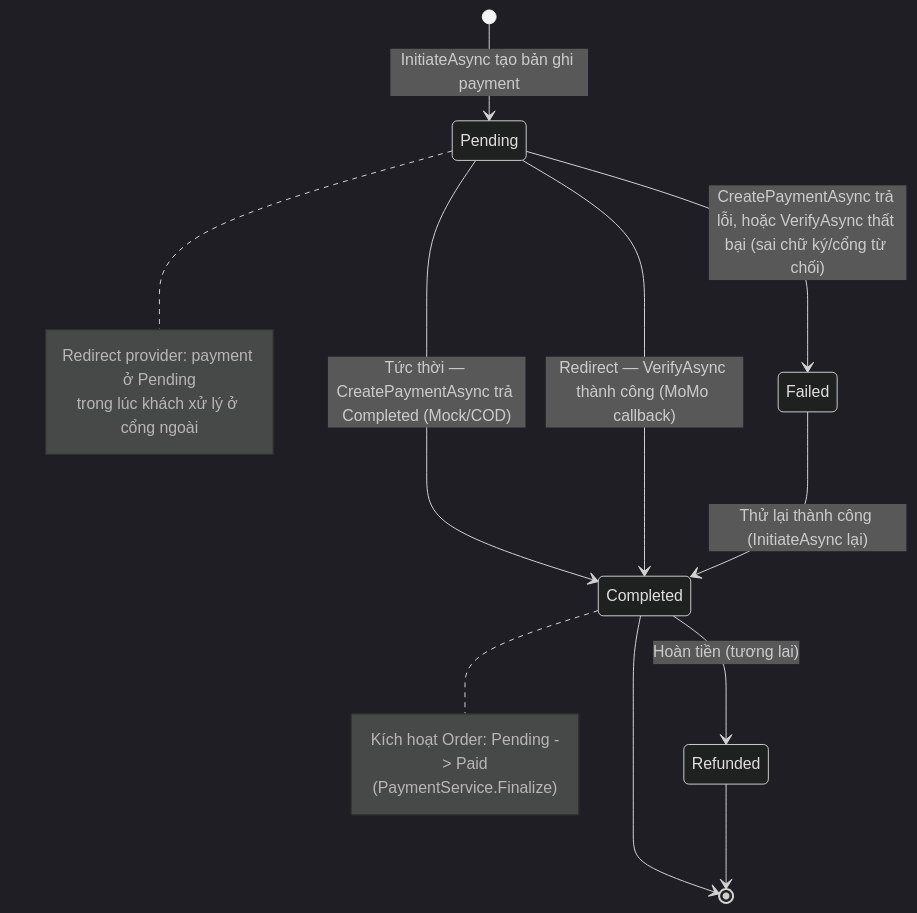
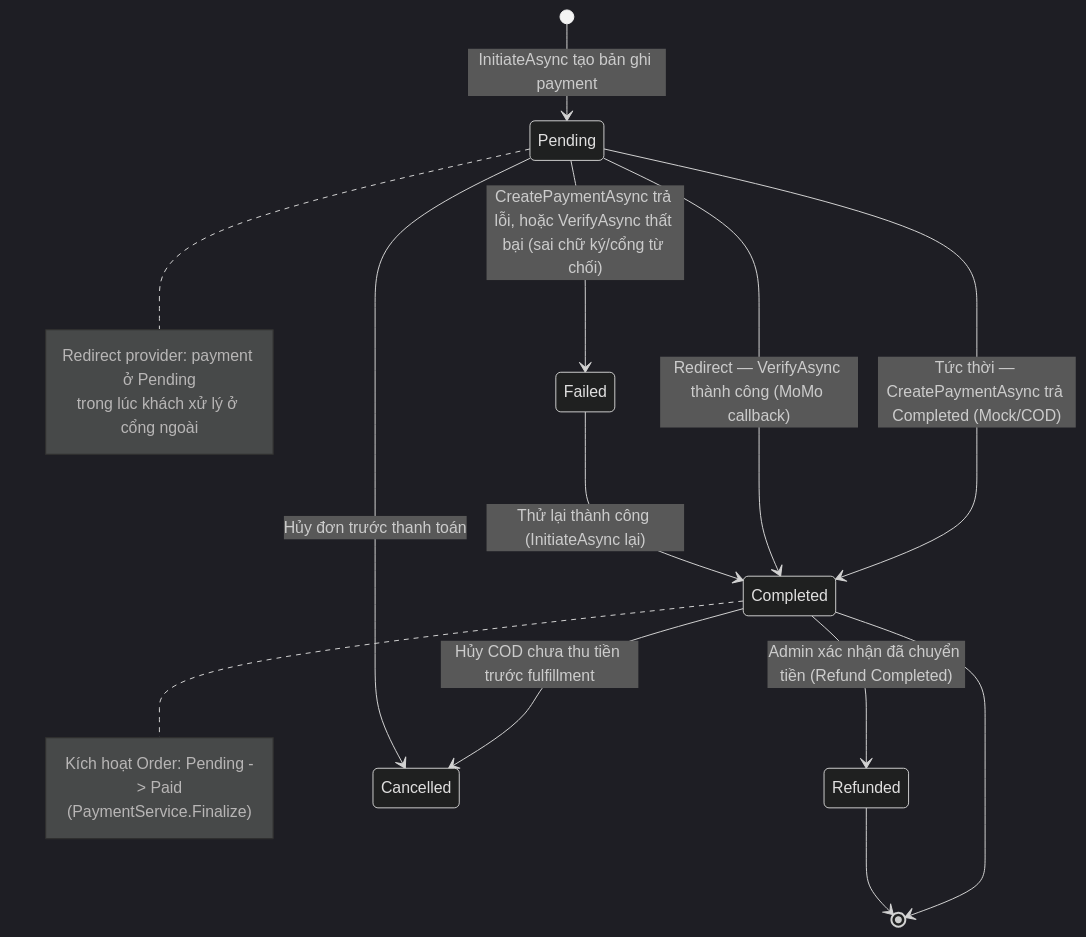
The second of 4 diagrams in docs/diagrams/state-machine.md (nhuy2005-alexandors/Marketplace), drawn with Mermaid (dark theme) before and after one commit. The commit also changed other lines of this file and 1 other file, not shown here.

Commit message:
docs(refund): update SRS and commerce state machines

````diff
--- a/docs/diagrams/state-machine.md
+++ b/docs/diagrams/state-machine.md
@@ -48,23 +48,25 @@
 ```mermaid
 stateDiagram-v2
     [*] --> Pending: InitiateAsync tạo bản ghi payment
 
     Pending --> Completed: Tức thời — CreatePaymentAsync trả Completed (Mock/COD)
     Pending --> Completed: Redirect — VerifyAsync thành công (MoMo callback)
     Pending --> Failed: CreatePaymentAsync trả lỗi, hoặc VerifyAsync thất bại (sai chữ ký/cổng từ chối)
 
     Failed --> Completed: Thử lại thành công (InitiateAsync lại)
-    Completed --> Refunded: Hoàn tiền (tương lai)
+    Completed --> Refunded: Admin xác nhận đã chuyển tiền (Refund Completed)
+    Completed --> Cancelled: Hủy COD chưa thu tiền trước fulfillment
+    Pending --> Cancelled: Hủy đơn trước thanh toán
 
     Completed --> [*]
     Refunded --> [*]
 
     note right of Pending
         Redirect provider: payment ở Pending
         trong lúc khách xử lý ở cổng ngoài
     end note
     note right of Completed
         Kích hoạt Order: Pending -> Paid
         (PaymentService.Finalize)
     end note
 ```
````
